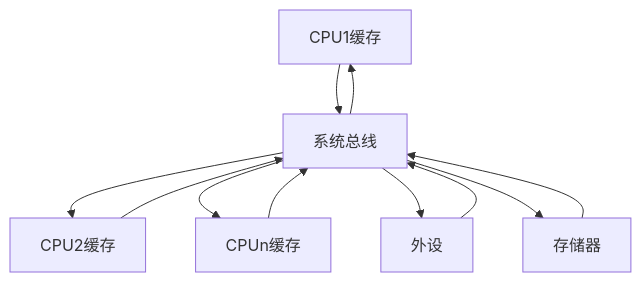
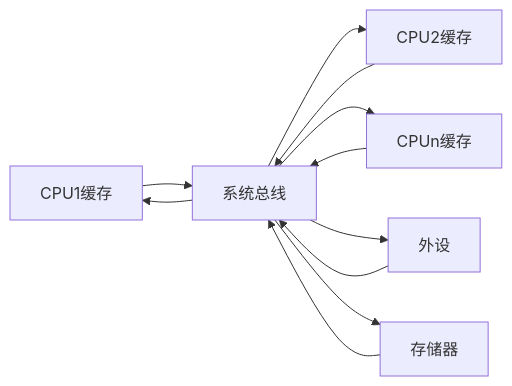
Before and after one commit to Disen-Shaw/Embeded-Notes: the diagram in Embeded_Notes/Embeded/嵌入式系统/操作系统/嵌入式操作系统/嵌入式Linux/内核驱动编程/Linux_设备驱动中的并发控制.md, drawn with Mermaid. The commit also changed other lines of this file and 27 other files, not shown here.

````diff
--- a/Embeded_Notes/Embeded/嵌入式系统/操作系统/嵌入式操作系统/嵌入式Linux/内核驱动编程/Linux_设备驱动中的并发控制.md
+++ b/Embeded_Notes/Embeded/嵌入式系统/操作系统/嵌入式操作系统/嵌入式Linux/内核驱动编程/Linux_设备驱动中的并发控制.md
@@ -9,9 +9,9 @@
 ```mermaid
-	graph TB;
+	graph LR;
 	CPU1缓存 --> 系统总线 --> CPU1缓存
 	CPU2缓存 --> 系统总线 --> CPU2缓存
 	CPUn缓存 --> 系统总线 --> CPUn缓存
 	
 	系统总线 --> 外设 --> 系统总线
 	系统总线 --> 存储器 --> 系统总线
 ```
````
